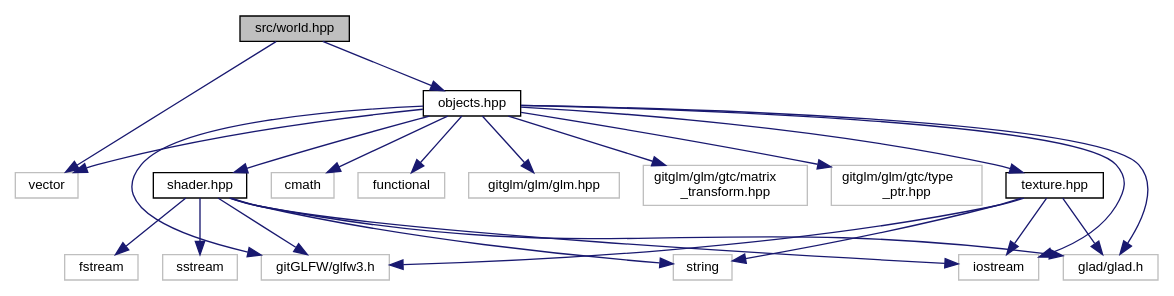
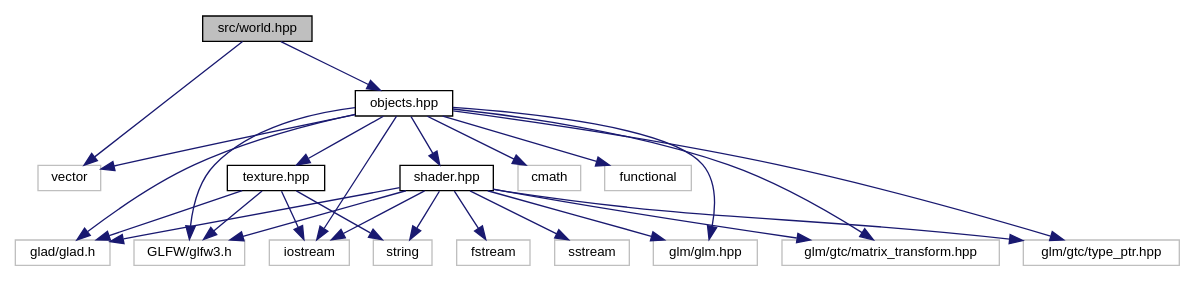
The diagram in world_8hpp__incl.dot (noah1510/redhand), drawn with Graphviz before and after one commit. The commit also changed 96 other files, not shown here.

```diff
--- a/world_8hpp__incl.dot
+++ b/world_8hpp__incl.dot
@@ -1,44 +1,47 @@
 digraph "src/world.hpp"
 {
   edge [fontname="Helvetica",fontsize="10",labelfontname="Helvetica",labelfontsize="10"];
   node [fontname="Helvetica",fontsize="10",shape=record];
   Node0 [label="src/world.hpp",height=0.2,width=0.4,color="black", fillcolor="grey75", style="filled", fontcolor="black"];
   Node0 -> Node1 [color="midnightblue",fontsize="10",style="solid",fontname="Helvetica"];
   Node1 [label="vector",height=0.2,width=0.4,color="grey75", fillcolor="white", style="filled"];
   Node0 -> Node2 [color="midnightblue",fontsize="10",style="solid",fontname="Helvetica"];
   Node2 [label="objects.hpp",height=0.2,width=0.4,color="black", fillcolor="white", style="filled",URL="$objects_8hpp.html"];
   Node2 -> Node3 [color="midnightblue",fontsize="10",style="solid",fontname="Helvetica"];
   Node3 [label="shader.hpp",height=0.2,width=0.4,color="black", fillcolor="white", style="filled",URL="$shader_8hpp.html"];
   Node3 -> Node4 [color="midnightblue",fontsize="10",style="solid",fontname="Helvetica"];
   Node4 [label="glad/glad.h",height=0.2,width=0.4,color="grey75", fillcolor="white", style="filled"];
   Node3 -> Node5 [color="midnightblue",fontsize="10",style="solid",fontname="Helvetica"];
-  Node5 [label="gitGLFW/glfw3.h",height=0.2,width=0.4,color="grey75", fillcolor="white", style="filled"];
+  Node5 [label="GLFW/glfw3.h",height=0.2,width=0.4,color="grey75", fillcolor="white", style="filled"];
   Node3 -> Node6 [color="midnightblue",fontsize="10",style="solid",fontname="Helvetica"];
-  Node6 [label="string",height=0.2,width=0.4,color="grey75", fillcolor="white", style="filled"];
+  Node6 [label="glm/glm.hpp",height=0.2,width=0.4,color="grey75", fillcolor="white", style="filled"];
   Node3 -> Node7 [color="midnightblue",fontsize="10",style="solid",fontname="Helvetica"];
-  Node7 [label="fstream",height=0.2,width=0.4,color="grey75", fillcolor="white", style="filled"];
+  Node7 [label="glm/gtc/matrix_transform.hpp",height=0.2,width=0.4,color="grey75", fillcolor="white", style="filled"];
   Node3 -> Node8 [color="midnightblue",fontsize="10",style="solid",fontname="Helvetica"];
-  Node8 [label="sstream",height=0.2,width=0.4,color="grey75", fillcolor="white", style="filled"];
+  Node8 [label="glm/gtc/type_ptr.hpp",height=0.2,width=0.4,color="grey75", fillcolor="white", style="filled"];
   Node3 -> Node9 [color="midnightblue",fontsize="10",style="solid",fontname="Helvetica"];
-  Node9 [label="iostream",height=0.2,width=0.4,color="grey75", fillcolor="white", style="filled"];
-  Node2 -> Node10 [color="midnightblue",fontsize="10",style="solid",fontname="Helvetica"];
-  Node10 [label="texture.hpp",height=0.2,width=0.4,color="black", fillcolor="white", style="filled",URL="$texture_8hpp.html"];
-  Node10 -> Node6 [color="midnightblue",fontsize="10",style="solid",fontname="Helvetica"];
-  Node10 -> Node4 [color="midnightblue",fontsize="10",style="solid",fontname="Helvetica"];
-  Node10 -> Node5 [color="midnightblue",fontsize="10",style="solid",fontname="Helvetica"];
-  Node10 -> Node9 [color="midnightblue",fontsize="10",style="solid",fontname="Helvetica"];
-  Node2 -> Node11 [color="midnightblue",fontsize="10",style="solid",fontname="Helvetica"];
-  Node11 [label="cmath",height=0.2,width=0.4,color="grey75", fillcolor="white", style="filled"];
-  Node2 -> Node9 [color="midnightblue",fontsize="10",style="solid",fontname="Helvetica"];
+  Node9 [label="string",height=0.2,width=0.4,color="grey75", fillcolor="white", style="filled"];
+  Node3 -> Node10 [color="midnightblue",fontsize="10",style="solid",fontname="Helvetica"];
+  Node10 [label="fstream",height=0.2,width=0.4,color="grey75", fillcolor="white", style="filled"];
+  Node3 -> Node11 [color="midnightblue",fontsize="10",style="solid",fontname="Helvetica"];
+  Node11 [label="sstream",height=0.2,width=0.4,color="grey75", fillcolor="white", style="filled"];
+  Node3 -> Node12 [color="midnightblue",fontsize="10",style="solid",fontname="Helvetica"];
+  Node12 [label="iostream",height=0.2,width=0.4,color="grey75", fillcolor="white", style="filled"];
+  Node2 -> Node13 [color="midnightblue",fontsize="10",style="solid",fontname="Helvetica"];
+  Node13 [label="texture.hpp",height=0.2,width=0.4,color="black", fillcolor="white", style="filled",URL="$texture_8hpp.html"];
+  Node13 -> Node9 [color="midnightblue",fontsize="10",style="solid",fontname="Helvetica"];
+  Node13 -> Node4 [color="midnightblue",fontsize="10",style="solid",fontname="Helvetica"];
+  Node13 -> Node5 [color="midnightblue",fontsize="10",style="solid",fontname="Helvetica"];
+  Node13 -> Node12 [color="midnightblue",fontsize="10",style="solid",fontname="Helvetica"];
+  Node2 -> Node14 [color="midnightblue",fontsize="10",style="solid",fontname="Helvetica"];
+  Node14 [label="cmath",height=0.2,width=0.4,color="grey75", fillcolor="white", style="filled"];
+  Node2 -> Node12 [color="midnightblue",fontsize="10",style="solid",fontname="Helvetica"];
   Node2 -> Node1 [color="midnightblue",fontsize="10",style="solid",fontname="Helvetica"];
-  Node2 -> Node12 [color="midnightblue",fontsize="10",style="solid",fontname="Helvetica"];
-  Node12 [label="functional",height=0.2,width=0.4,color="grey75", fillcolor="white", style="filled"];
-  Node2 -> Node13 [color="midnightblue",fontsize="10",style="solid",fontname="Helvetica"];
-  Node13 [label="gitglm/glm/glm.hpp",height=0.2,width=0.4,color="grey75", fillcolor="white", style="filled"];
-  Node2 -> Node14 [color="midnightblue",fontsize="10",style="solid",fontname="Helvetica"];
-  Node14 [label="gitglm/glm/gtc/matrix\l_transform.hpp",height=0.2,width=0.4,color="grey75", fillcolor="white", style="filled"];
   Node2 -> Node15 [color="midnightblue",fontsize="10",style="solid",fontname="Helvetica"];
-  Node15 [label="gitglm/glm/gtc/type\l_ptr.hpp",height=0.2,width=0.4,color="grey75", fillcolor="white", style="filled"];
+  Node15 [label="functional",height=0.2,width=0.4,color="grey75", fillcolor="white", style="filled"];
+  Node2 -> Node6 [color="midnightblue",fontsize="10",style="solid",fontname="Helvetica"];
+  Node2 -> Node7 [color="midnightblue",fontsize="10",style="solid",fontname="Helvetica"];
+  Node2 -> Node8 [color="midnightblue",fontsize="10",style="solid",fontname="Helvetica"];
   Node2 -> Node4 [color="midnightblue",fontsize="10",style="solid",fontname="Helvetica"];
   Node2 -> Node5 [color="midnightblue",fontsize="10",style="solid",fontname="Helvetica"];
 }
```
